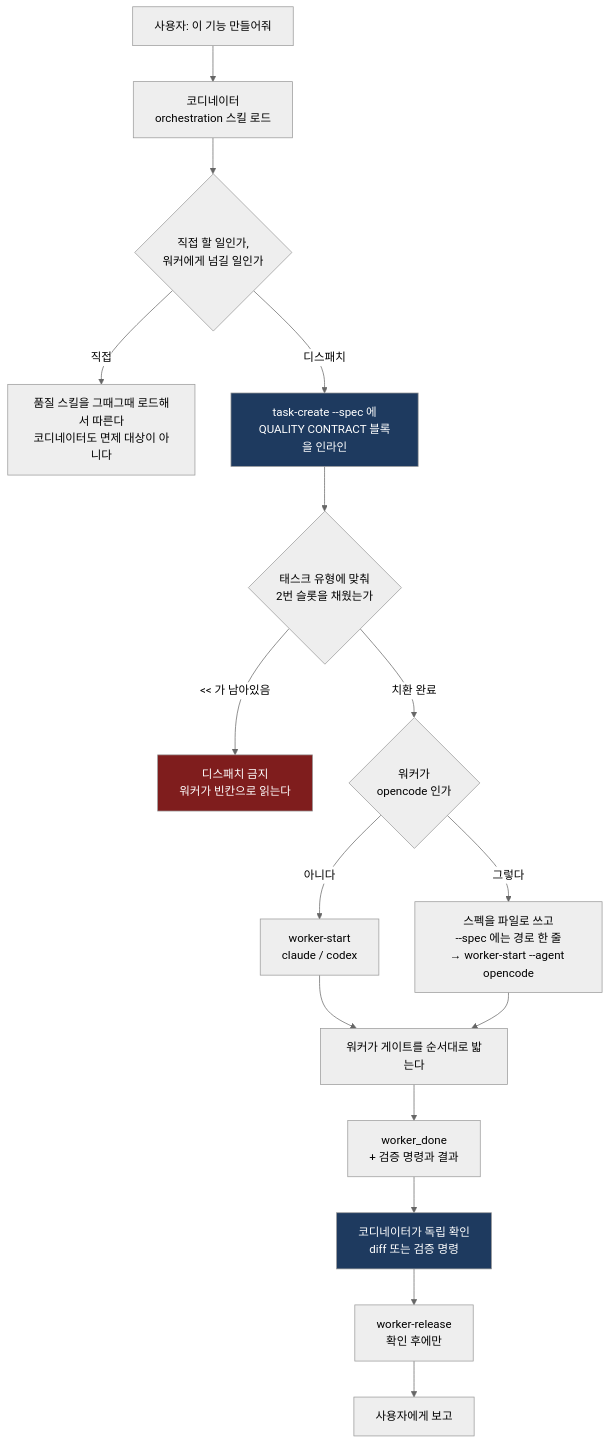
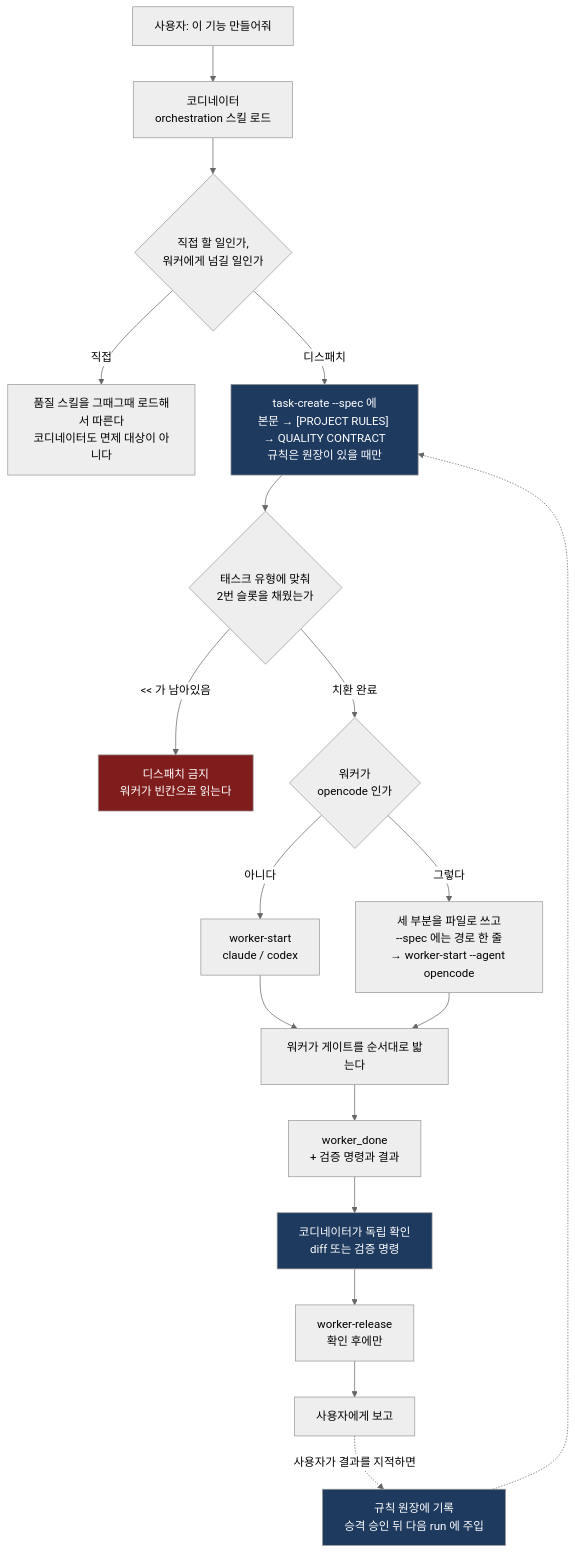
Before and after one commit to treeman99/skills: the first of 5 diagrams in docs/how-it-works.md, drawn with Mermaid (neutral theme). The commit also changed other lines of this file and 5 other files, not shown here.

````diff
--- a/docs/how-it-works.md
+++ b/docs/how-it-works.md
@@ -7,25 +7,28 @@
 ```mermaid
 flowchart TD
     U["사용자: 이 기능 만들어줘"] --> C["코디네이터<br/>orchestration 스킬 로드"]
     C --> D{"직접 할 일인가,<br/>워커에게 넘길 일인가"}
 
     D -->|직접| S1["품질 스킬을 그때그때 로드해서 따른다<br/>코디네이터도 면제 대상이 아니다"]
-    D -->|디스패치| S2["task-create --spec 에<br/>QUALITY CONTRACT 블록을 인라인"]
+    D -->|디스패치| S2["task-create --spec 에<br/>본문 → [PROJECT RULES] → QUALITY CONTRACT<br/>규칙은 원장이 있을 때만"]
 
     S2 --> T{"태스크 유형에 맞춰<br/>2번 슬롯을 채웠는가"}
     T -->|"&lt;&lt; 가 남아있음"| X["디스패치 금지<br/>워커가 빈칸으로 읽는다"]
     T -->|치환 완료| A{"워커가<br/>opencode 인가"}
     A -->|아니다| W["worker-start<br/>claude / codex"]
-    A -->|그렇다| WO["스펙을 파일로 쓰고<br/>--spec 에는 경로 한 줄<br/>→ worker-start --agent opencode"]
+    A -->|그렇다| WO["세 부분을 파일로 쓰고<br/>--spec 에는 경로 한 줄<br/>→ worker-start --agent opencode"]
 
     W --> G["워커가 게이트를 순서대로 밟는다"]
     WO --> G
     G --> R["worker_done<br/>+ 검증 명령과 결과"]
     R --> V["코디네이터가 독립 확인<br/>diff 또는 검증 명령"]
     V --> RL["worker-release<br/>확인 후에만"]
     RL --> U2["사용자에게 보고"]
+    U2 -.->|"사용자가 결과를 지적하면"| LG["규칙 원장에 기록<br/>승격 승인 뒤 다음 run 에 주입"]
+    LG -.-> S2
 
     style X fill:#7f1d1d,color:#fff
+    style LG fill:#1e3a5f,color:#fff
     style S2 fill:#1e3a5f,color:#fff
     style V fill:#1e3a5f,color:#fff
 ```
````
